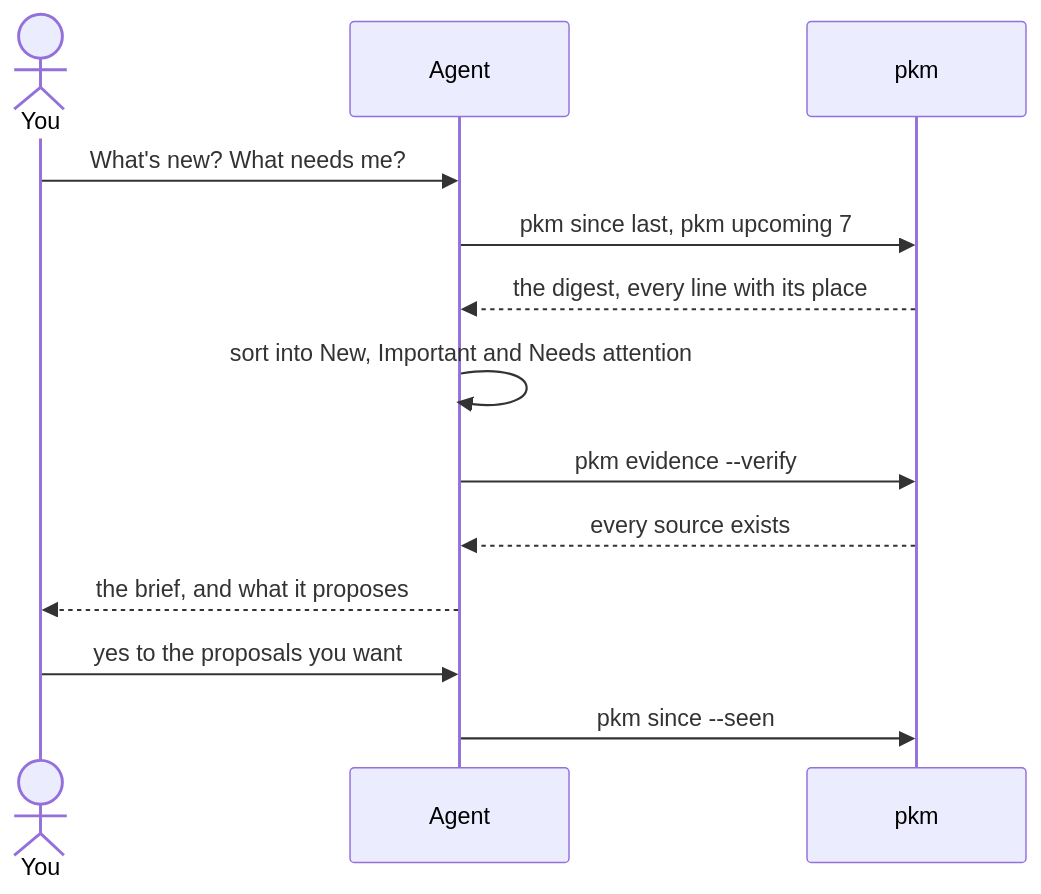
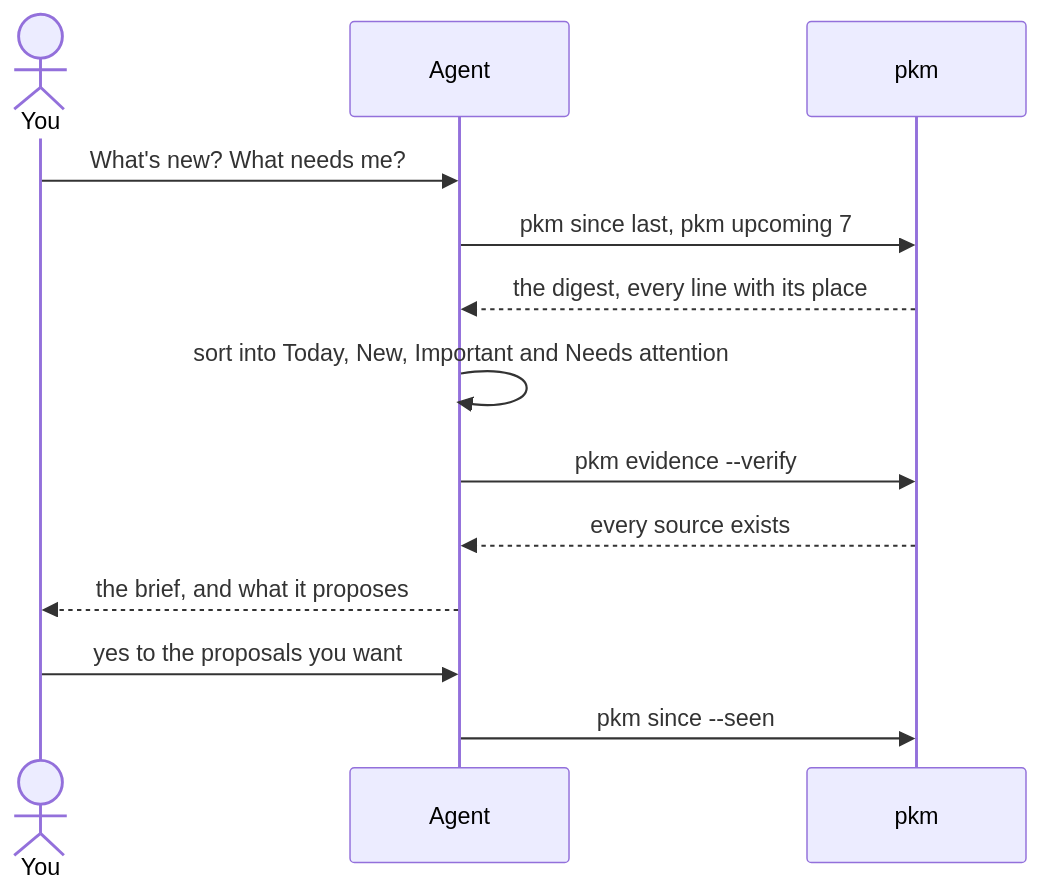
One commit to Zejnilovic/agentic-pkms changed the second of 8 diagrams in docs/methodology.md. Above: the diagram before and after it, drawn with Mermaid. The commit also changed other lines of this file and 10 other files, not shown here.

````diff
--- a/docs/methodology.md
+++ b/docs/methodology.md
@@ -82,15 +82,15 @@
 ```mermaid
 sequenceDiagram
   actor You
   participant Agent
   participant pkm
   You->>Agent: What's new? What needs me?
   Agent->>pkm: pkm since last, pkm upcoming 7
   pkm-->>Agent: the digest, every line with its place
-  Agent->>Agent: sort into New, Important and Needs attention
+  Agent->>Agent: sort into Today, New, Important and Needs attention
   Agent->>pkm: pkm evidence --verify
   pkm-->>Agent: every source exists
   Agent-->>You: the brief, and what it proposes
   You->>Agent: yes to the proposals you want
   Agent->>pkm: pkm since --seen
 ```
````
